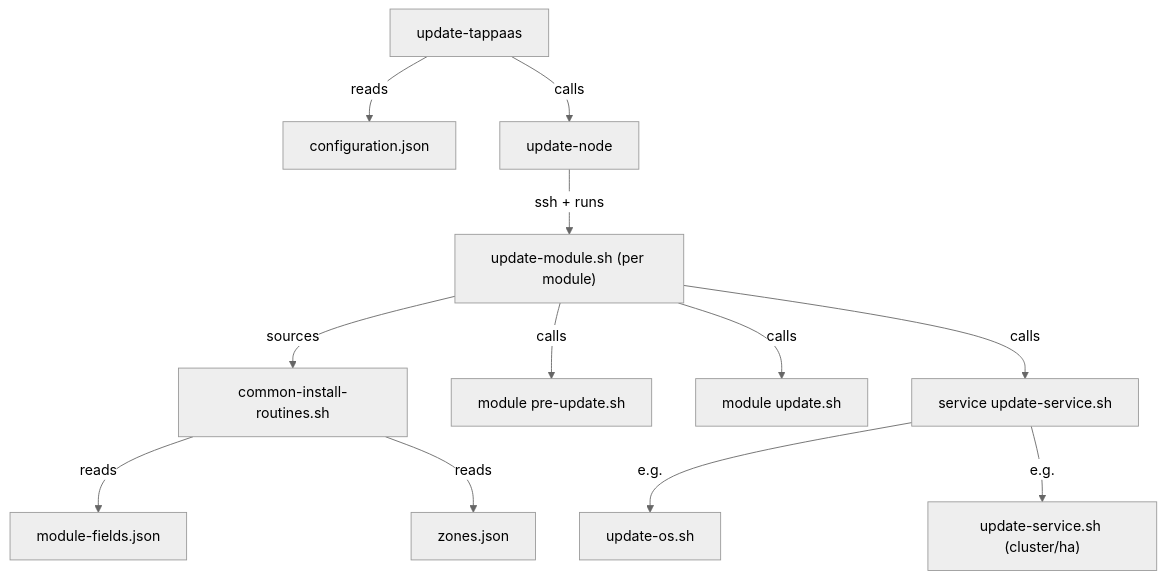
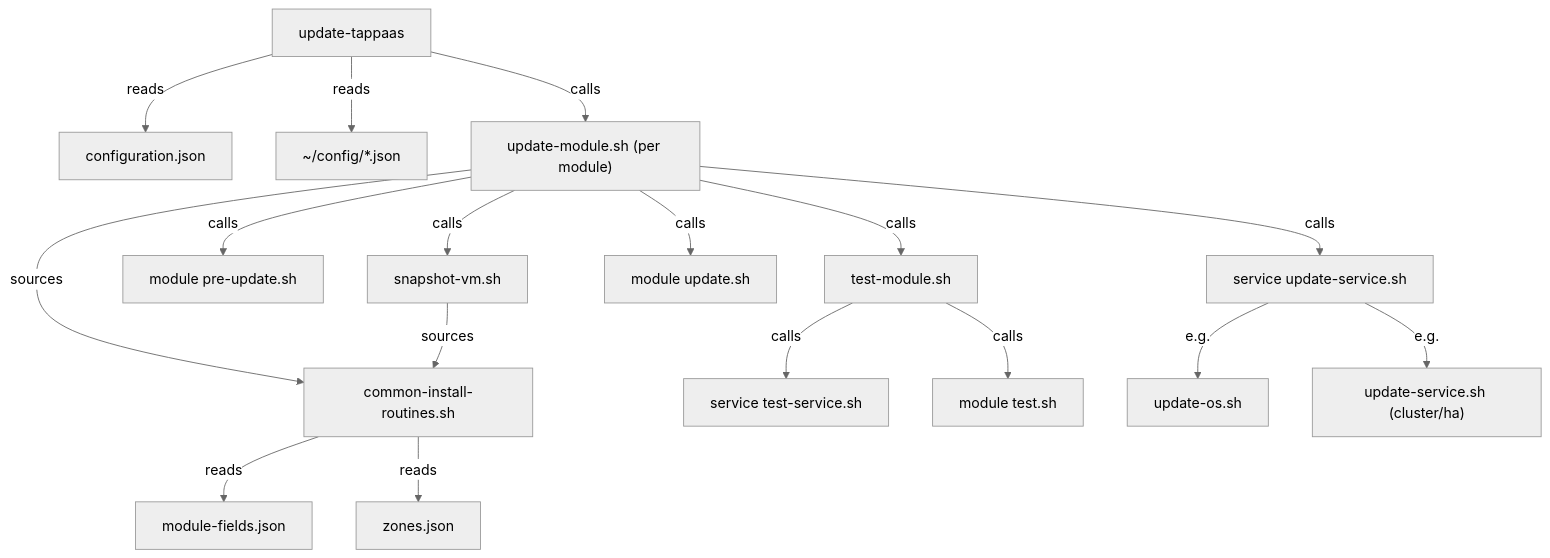
Before and after one commit to TAPPaaS/TAPPaaS: the second of 11 diagrams in src/foundation/DEPENDENCIES.md, drawn with Mermaid (neutral theme). The commit also changed other lines of this file and 4 other files, not shown here.

````diff
--- a/src/foundation/DEPENDENCIES.md
+++ b/src/foundation/DEPENDENCIES.md
@@ -100,18 +115,24 @@
 ```mermaid
 graph TD
     A[update-tappaas] -->|reads| B[configuration.json]
-    A -->|calls| C[update-node]
+    A -->|reads| BC["~/config/*.json"]
+    A -->|calls| D["update-module.sh (per module)"]
 
-    C -->|"ssh + runs"| D["update-module.sh (per module)"]
-
+    D -->|calls| SN[snapshot-vm.sh]
     D -->|sources| E[common-install-routines.sh]
     D -->|calls| F["module pre-update.sh"]
+    D -->|calls| H["service update-service.sh"]
     D -->|calls| G["module update.sh"]
-    D -->|calls| H["service update-service.sh"]
+    D -->|calls| TM[test-module.sh]
+
+    TM -->|calls| TS["service test-service.sh"]
+    TM -->|calls| MT["module test.sh"]
+
+    SN -->|sources| E
 
     H -->|e.g.| I[update-os.sh]
     H -->|e.g.| J["update-service.sh (cluster/ha)"]
 
     E -->|reads| K[module-fields.json]
     E -->|reads| L[zones.json]
 ```
````
